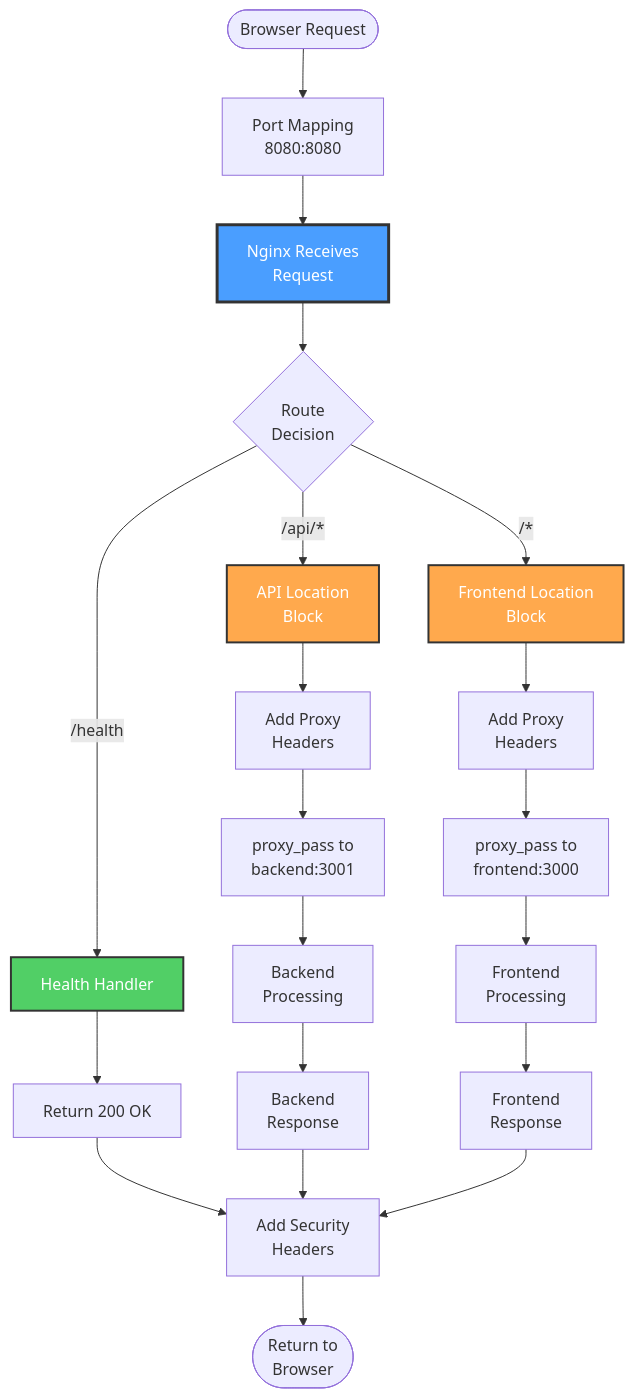
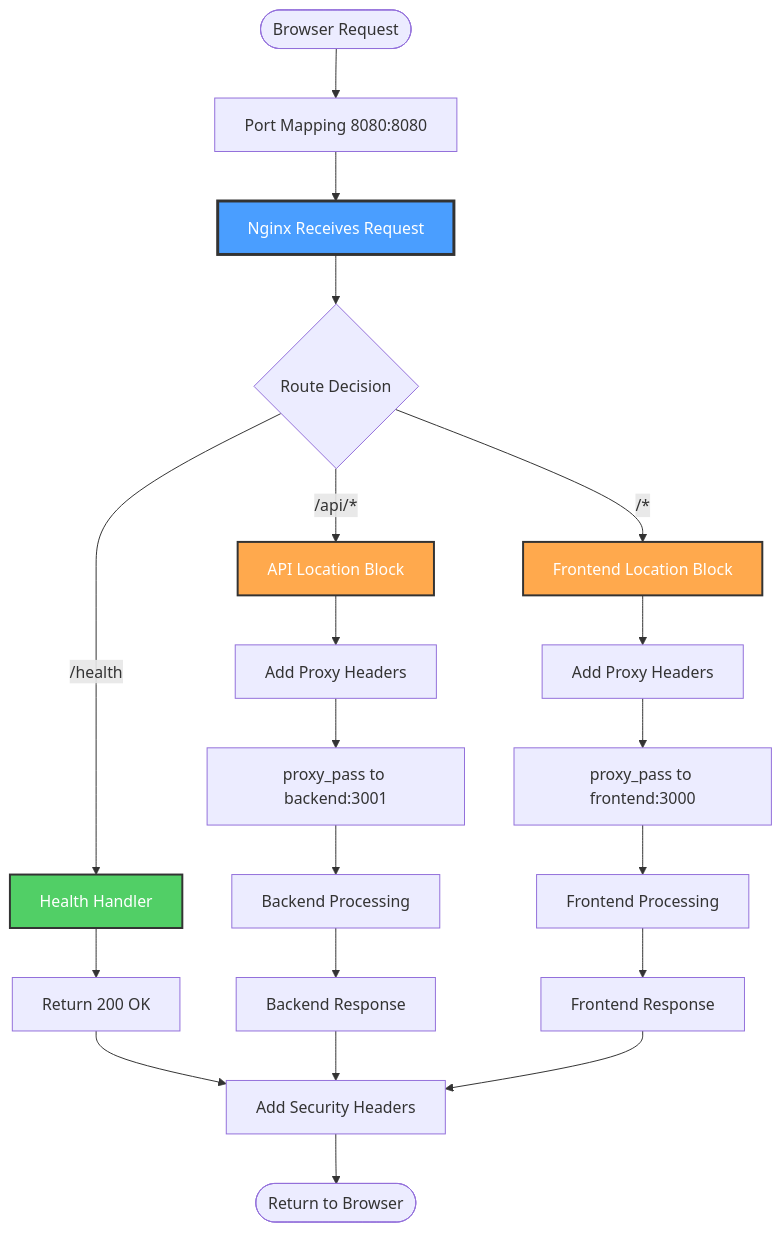
Before and after one commit to softwarewrighter/dev-proxy: the ninth of 9 diagrams in wiki/Request-Flow.md, drawn with Mermaid. The commit also changed other lines of this file and 6 other files, not shown here.

First line of the commit message:
Fix wiki Mermaid diagrams: remove <br/> tags

````diff
--- a/wiki/Request-Flow.md
+++ b/wiki/Request-Flow.md
@@ -402,35 +402,35 @@
 ```mermaid
 graph TB
-    Start([Browser Request]) --> Port[Port Mapping<br/>8080:8080]
-    Port --> Nginx[Nginx Receives<br/>Request]
+    Start([Browser Request]) --> Port[Port Mapping 8080:8080]
+    Port --> Nginx[Nginx Receives Request]
 
-    Nginx --> Route{Route<br/>Decision}
+    Nginx --> Route{Route Decision}
 
     Route -->|/health| Health[Health Handler]
-    Route -->|/api/*| API[API Location<br/>Block]
-    Route -->|/*| Frontend[Frontend Location<br/>Block]
+    Route -->|/api/*| API[API Location Block]
+    Route -->|/*| Frontend[Frontend Location Block]
 
     Health --> HealthResp[Return 200 OK]
 
-    API --> APIHeaders[Add Proxy<br/>Headers]
-    APIHeaders --> APIProxy[proxy_pass to<br/>backend:3001]
-    APIProxy --> APIUpstream[Backend<br/>Processing]
+    API --> APIHeaders[Add Proxy Headers]
+    APIHeaders --> APIProxy[proxy_pass to backend:3001]
+    APIProxy --> APIUpstream[Backend Processing]
 
-    Frontend --> FrontendHeaders[Add Proxy<br/>Headers]
-    FrontendHeaders --> FrontendProxy[proxy_pass to<br/>frontend:3000]
-    FrontendProxy --> FrontendUpstream[Frontend<br/>Processing]
+    Frontend --> FrontendHeaders[Add Proxy Headers]
+    FrontendHeaders --> FrontendProxy[proxy_pass to frontend:3000]
+    FrontendProxy --> FrontendUpstream[Frontend Processing]
 
-    APIUpstream --> APIResponse[Backend<br/>Response]
-    FrontendUpstream --> FrontendResponse[Frontend<br/>Response]
+    APIUpstream --> APIResponse[Backend Response]
+    FrontendUpstream --> FrontendResponse[Frontend Response]
 
-    HealthResp --> Security[Add Security<br/>Headers]
+    HealthResp --> Security[Add Security Headers]
     APIResponse --> Security
     FrontendResponse --> Security
 
-    Security --> Return([Return to<br/>Browser])
+    Security --> Return([Return to Browser])
 
     style Nginx fill:#4a9eff,stroke:#333,stroke-width:3px,color:#fff
     style Health fill:#51cf66,stroke:#333,stroke-width:2px,color:#fff
     style API fill:#ffa94d,stroke:#333,stroke-width:2px,color:#fff
     style Frontend fill:#ffa94d,stroke:#333,stroke-width:2px,color:#fff
 ```
````
